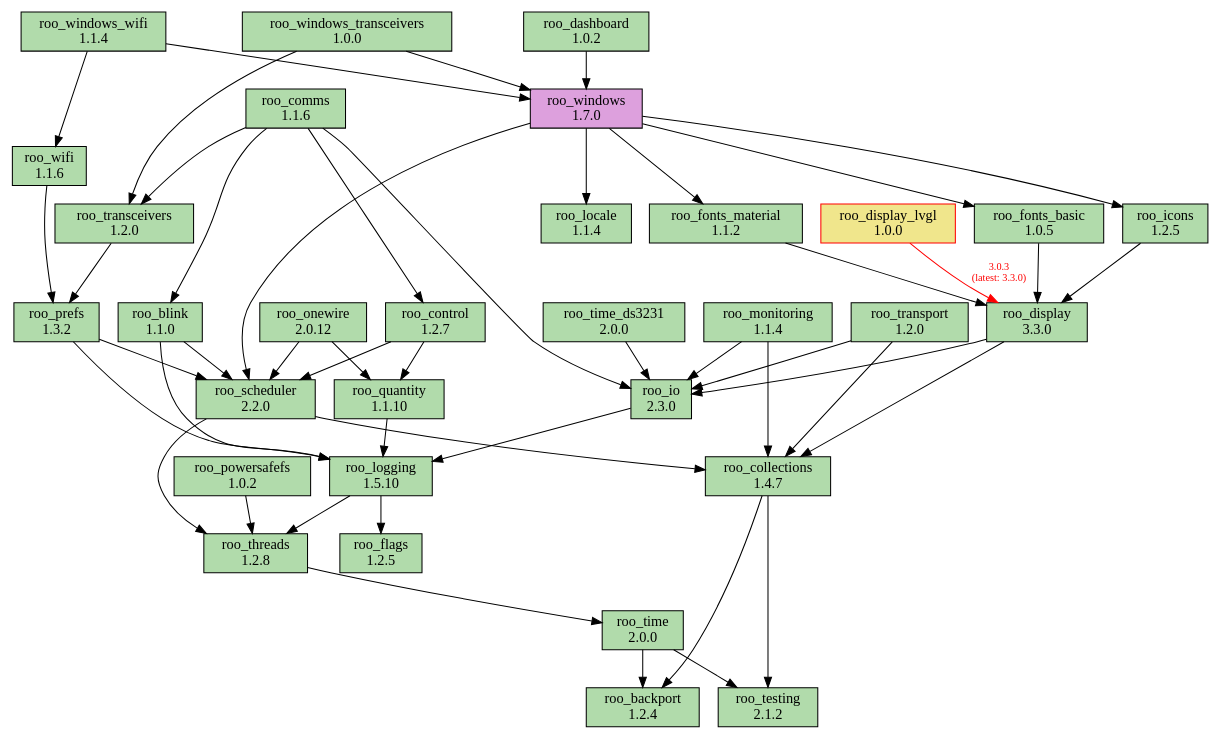
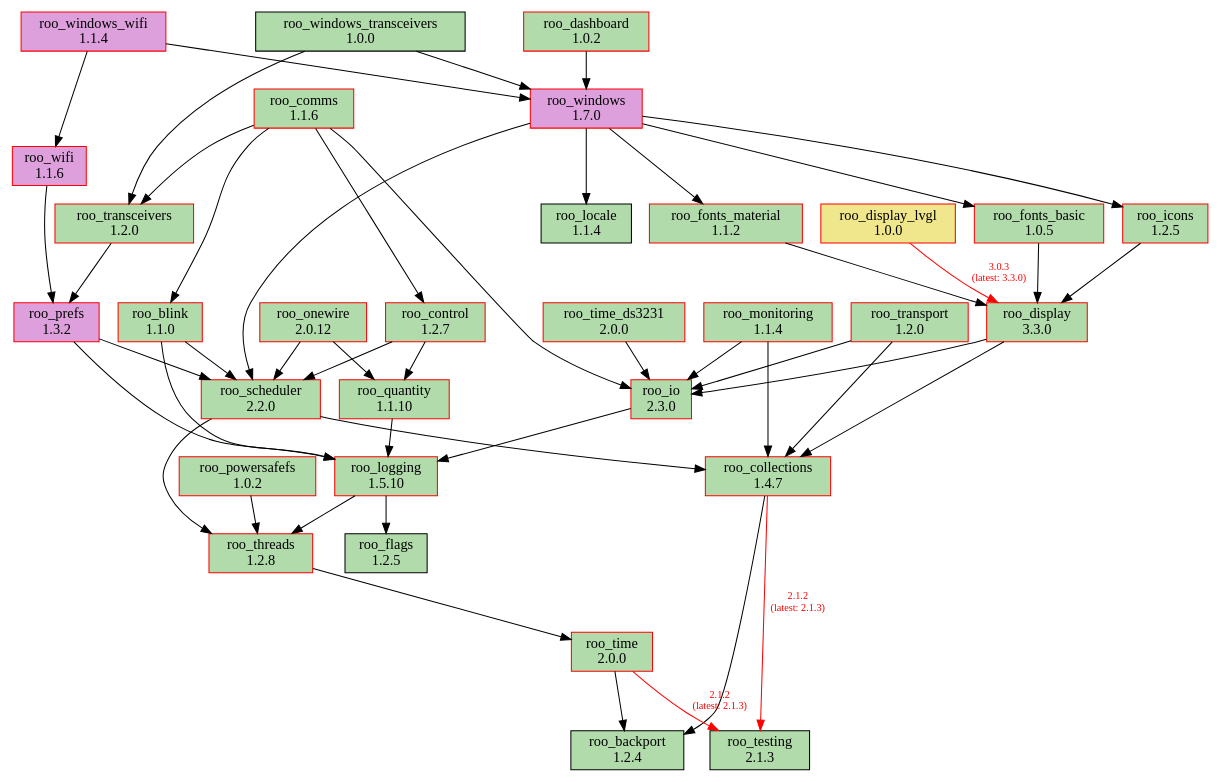
Before and after one commit to dejwk/roo-registry: the diagram in doc/dependencies.dot, drawn with Graphviz. The commit also changed 3 other files, not shown here.

Commit message:
Added roo_testing 2.1.3 to the registry.

```diff
--- a/doc/dependencies.dot
+++ b/doc/dependencies.dot
@@ -1,87 +1,87 @@
 digraph dependencies {
     rankdir=TB;
     node [shape=box, style=filled];
     edge [fontsize=10];
 
     // Modules
     "roo_backport" [label="roo_backport\n1.2.4", fillcolor="#b1dbab", color="black"];
-    "roo_blink" [label="roo_blink\n1.1.0", fillcolor="#b1dbab", color="black"];
-    "roo_collections" [label="roo_collections\n1.4.7", fillcolor="#b1dbab", color="black"];
-    "roo_comms" [label="roo_comms\n1.1.6", fillcolor="#b1dbab", color="black"];
-    "roo_control" [label="roo_control\n1.2.7", fillcolor="#b1dbab", color="black"];
-    "roo_dashboard" [label="roo_dashboard\n1.0.2", fillcolor="#b1dbab", color="black"];
-    "roo_display" [label="roo_display\n3.3.0", fillcolor="#b1dbab", color="black"];
+    "roo_blink" [label="roo_blink\n1.1.0", fillcolor="#b1dbab", color="red"];
+    "roo_collections" [label="roo_collections\n1.4.7", fillcolor="#b1dbab", color="red"];
+    "roo_comms" [label="roo_comms\n1.1.6", fillcolor="#b1dbab", color="red"];
+    "roo_control" [label="roo_control\n1.2.7", fillcolor="#b1dbab", color="red"];
+    "roo_dashboard" [label="roo_dashboard\n1.0.2", fillcolor="#b1dbab", color="red"];
+    "roo_display" [label="roo_display\n3.3.0", fillcolor="#b1dbab", color="red"];
     "roo_display_lvgl" [label="roo_display_lvgl\n1.0.0", fillcolor="khaki", color="red"];
     "roo_flags" [label="roo_flags\n1.2.5", fillcolor="#b1dbab", color="black"];
-    "roo_fonts_basic" [label="roo_fonts_basic\n1.0.5", fillcolor="#b1dbab", color="black"];
-    "roo_fonts_material" [label="roo_fonts_material\n1.1.2", fillcolor="#b1dbab", color="black"];
-    "roo_icons" [label="roo_icons\n1.2.5", fillcolor="#b1dbab", color="black"];
-    "roo_io" [label="roo_io\n2.3.0", fillcolor="#b1dbab", color="black"];
+    "roo_fonts_basic" [label="roo_fonts_basic\n1.0.5", fillcolor="#b1dbab", color="red"];
+    "roo_fonts_material" [label="roo_fonts_material\n1.1.2", fillcolor="#b1dbab", color="red"];
+    "roo_icons" [label="roo_icons\n1.2.5", fillcolor="#b1dbab", color="red"];
+    "roo_io" [label="roo_io\n2.3.0", fillcolor="#b1dbab", color="red"];
     "roo_locale" [label="roo_locale\n1.1.4", fillcolor="#b1dbab", color="black"];
-    "roo_logging" [label="roo_logging\n1.5.10", fillcolor="#b1dbab", color="black"];
-    "roo_monitoring" [label="roo_monitoring\n1.1.4", fillcolor="#b1dbab", color="black"];
-    "roo_onewire" [label="roo_onewire\n2.0.12", fillcolor="#b1dbab", color="black"];
-    "roo_powersafefs" [label="roo_powersafefs\n1.0.2", fillcolor="#b1dbab", color="black"];
-    "roo_prefs" [label="roo_prefs\n1.3.2", fillcolor="#b1dbab", color="black"];
-    "roo_quantity" [label="roo_quantity\n1.1.10", fillcolor="#b1dbab", color="black"];
-    "roo_scheduler" [label="roo_scheduler\n2.2.0", fillcolor="#b1dbab", color="black"];
-    "roo_testing" [label="roo_testing\n2.1.2", fillcolor="#b1dbab", color="black"];
-    "roo_threads" [label="roo_threads\n1.2.8", fillcolor="#b1dbab", color="black"];
-    "roo_time" [label="roo_time\n2.0.0", fillcolor="#b1dbab", color="black"];
-    "roo_time_ds3231" [label="roo_time_ds3231\n2.0.0", fillcolor="#b1dbab", color="black"];
-    "roo_transceivers" [label="roo_transceivers\n1.2.0", fillcolor="#b1dbab", color="black"];
-    "roo_transport" [label="roo_transport\n1.2.0", fillcolor="#b1dbab", color="black"];
-    "roo_wifi" [label="roo_wifi\n1.1.6", fillcolor="#b1dbab", color="black"];
-    "roo_windows" [label="roo_windows\n1.7.0", fillcolor="plum", color="black"];
+    "roo_logging" [label="roo_logging\n1.5.10", fillcolor="#b1dbab", color="red"];
+    "roo_monitoring" [label="roo_monitoring\n1.1.4", fillcolor="#b1dbab", color="red"];
+    "roo_onewire" [label="roo_onewire\n2.0.12", fillcolor="#b1dbab", color="red"];
+    "roo_powersafefs" [label="roo_powersafefs\n1.0.2", fillcolor="#b1dbab", color="red"];
+    "roo_prefs" [label="roo_prefs\n1.3.2", fillcolor="plum", color="red"];
+    "roo_quantity" [label="roo_quantity\n1.1.10", fillcolor="#b1dbab", color="red"];
+    "roo_scheduler" [label="roo_scheduler\n2.2.0", fillcolor="#b1dbab", color="red"];
+    "roo_testing" [label="roo_testing\n2.1.3", fillcolor="#b1dbab", color="black"];
+    "roo_threads" [label="roo_threads\n1.2.8", fillcolor="#b1dbab", color="red"];
+    "roo_time" [label="roo_time\n2.0.0", fillcolor="#b1dbab", color="red"];
+    "roo_time_ds3231" [label="roo_time_ds3231\n2.0.0", fillcolor="#b1dbab", color="red"];
+    "roo_transceivers" [label="roo_transceivers\n1.2.0", fillcolor="#b1dbab", color="red"];
+    "roo_transport" [label="roo_transport\n1.2.0", fillcolor="#b1dbab", color="red"];
+    "roo_wifi" [label="roo_wifi\n1.1.6", fillcolor="plum", color="red"];
+    "roo_windows" [label="roo_windows\n1.7.0", fillcolor="plum", color="red"];
     "roo_windows_transceivers" [label="roo_windows_transceivers\n1.0.0", fillcolor="#b1dbab", color="black"];
-    "roo_windows_wifi" [label="roo_windows_wifi\n1.1.4", fillcolor="#b1dbab", color="black"];
+    "roo_windows_wifi" [label="roo_windows_wifi\n1.1.4", fillcolor="plum", color="red"];
 
     // Dependencies
     "roo_blink" -> "roo_logging";
     "roo_blink" -> "roo_scheduler";
-    "roo_collections" -> "roo_testing";
+    "roo_collections" -> "roo_testing" [color=red, fontcolor=red, label="2.1.2\n(latest: 2.1.3)"];
     "roo_collections" -> "roo_backport";
     "roo_comms" -> "roo_blink";
     "roo_comms" -> "roo_control";
     "roo_comms" -> "roo_io";
     "roo_comms" -> "roo_transceivers";
     "roo_control" -> "roo_quantity";
     "roo_control" -> "roo_scheduler";
     "roo_dashboard" -> "roo_windows";
     "roo_display" -> "roo_collections";
     "roo_display" -> "roo_io";
     "roo_display_lvgl" -> "roo_display" [color=red, fontcolor=red, label="3.0.3\n(latest: 3.3.0)"];
     "roo_fonts_basic" -> "roo_display";
     "roo_fonts_material" -> "roo_display";
     "roo_icons" -> "roo_display";
     "roo_io" -> "roo_logging";
     "roo_logging" -> "roo_flags";
     "roo_logging" -> "roo_threads";
     "roo_monitoring" -> "roo_collections";
     "roo_monitoring" -> "roo_io";
     "roo_onewire" -> "roo_scheduler";
     "roo_onewire" -> "roo_quantity";
     "roo_powersafefs" -> "roo_threads";
     "roo_prefs" -> "roo_logging";
     "roo_prefs" -> "roo_scheduler";
     "roo_quantity" -> "roo_logging";
     "roo_scheduler" -> "roo_collections";
     "roo_scheduler" -> "roo_threads";
     "roo_threads" -> "roo_time";
-    "roo_time" -> "roo_testing";
+    "roo_time" -> "roo_testing" [color=red, fontcolor=red, label="2.1.2\n(latest: 2.1.3)"];
     "roo_time" -> "roo_backport";
     "roo_time_ds3231" -> "roo_io";
     "roo_transceivers" -> "roo_prefs";
     "roo_transport" -> "roo_collections";
     "roo_transport" -> "roo_io";
     "roo_wifi" -> "roo_prefs";
     "roo_windows" -> "roo_fonts_basic";
     "roo_windows" -> "roo_fonts_material";
     "roo_windows" -> "roo_locale";
     "roo_windows" -> "roo_icons";
     "roo_windows" -> "roo_scheduler";
     "roo_windows_transceivers" -> "roo_transceivers";
     "roo_windows_transceivers" -> "roo_windows";
     "roo_windows_wifi" -> "roo_wifi";
     "roo_windows_wifi" -> "roo_windows";
 }
```
